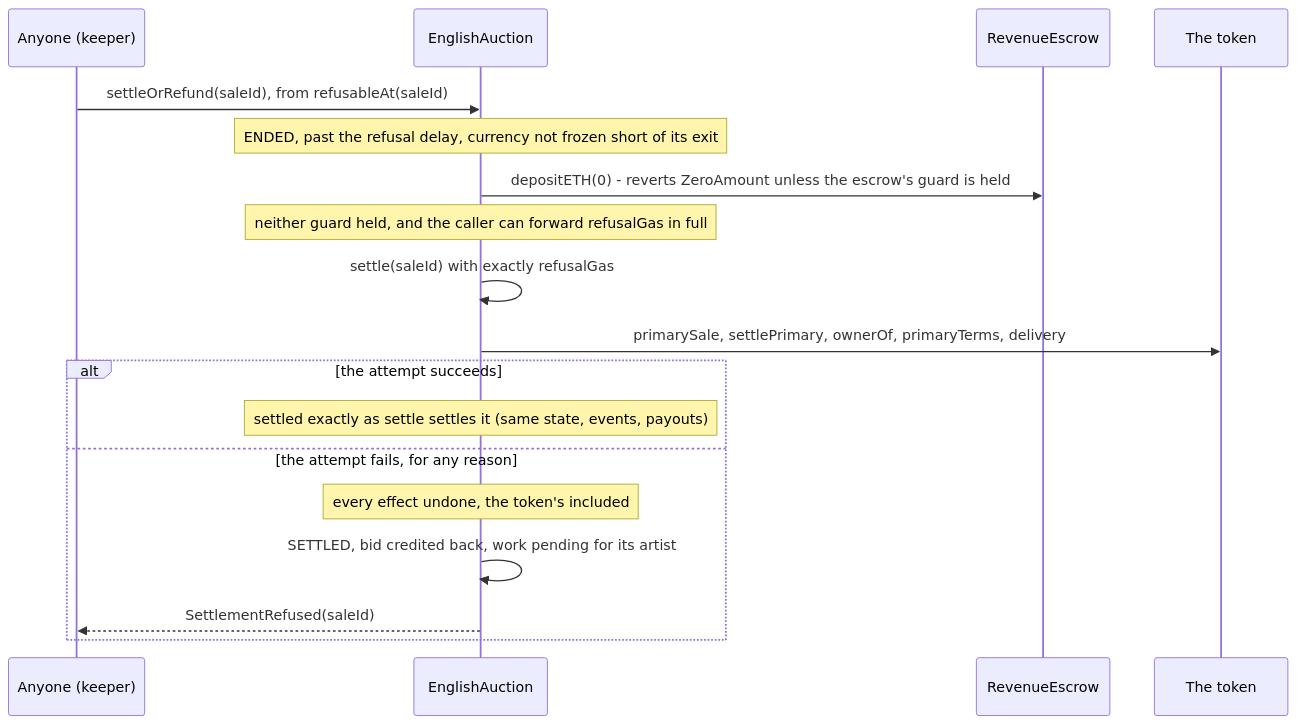
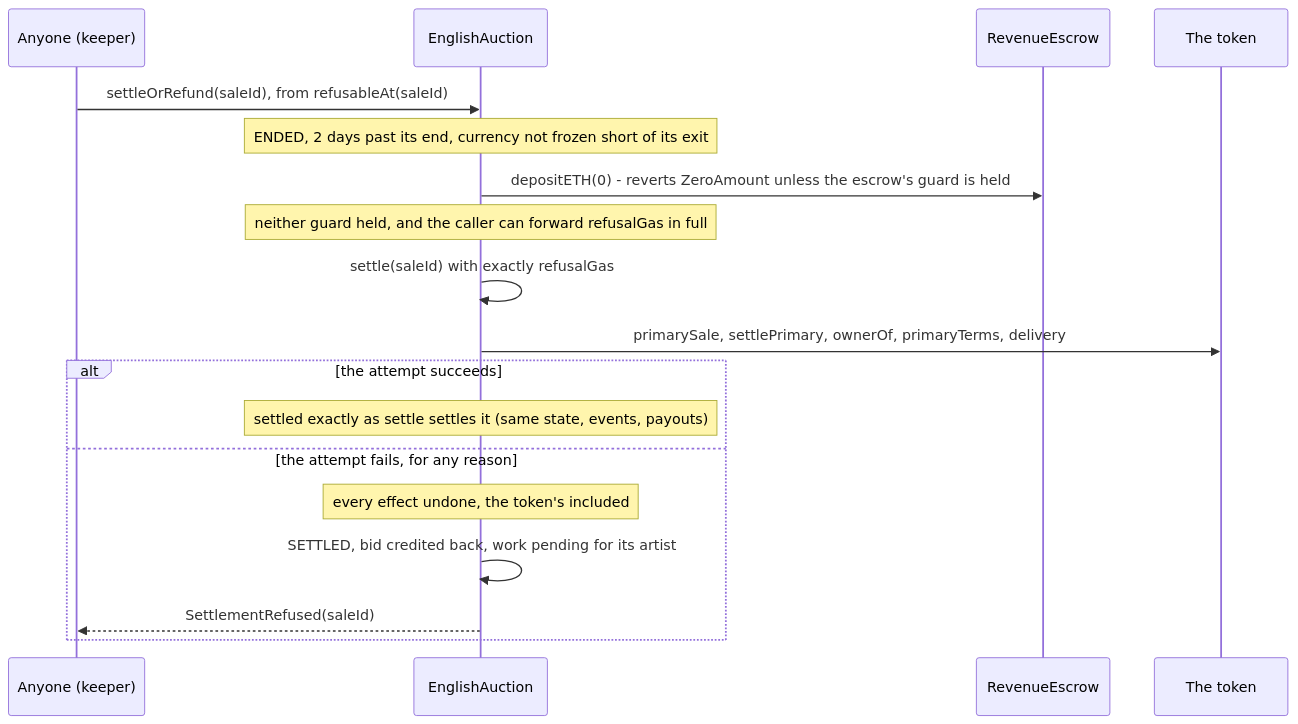
The eighth of 13 diagrams in docs/spec/stream-and-auctions.md (6529-Collections/6529-works), drawn with Mermaid before and after one commit. The commit also changed other lines of this file and 352 other files, not shown here.

````diff
--- a/docs/spec/stream-and-auctions.md
+++ b/docs/spec/stream-and-auctions.md
@@ -600,20 +601,20 @@
 ```mermaid
 sequenceDiagram
     participant Keeper as Anyone (keeper)
     participant Auction as EnglishAuction
     participant Escrow as RevenueEscrow
     participant Token as The token
     Keeper->>Auction: settleOrRefund(saleId), from refusableAt(saleId)
-    Note over Auction: ENDED, past the refusal delay, currency not frozen short of its exit
+    Note over Auction: ENDED, 2 days past its end, currency not frozen short of its exit
     Auction->>Escrow: depositETH(0) - reverts ZeroAmount unless the escrow's guard is held
     Note over Auction: neither guard held, and the caller can forward refusalGas in full
     Auction->>Auction: settle(saleId) with exactly refusalGas
     Auction->>Token: primarySale, settlePrimary, ownerOf, primaryTerms, delivery
     alt the attempt succeeds
         Note over Auction: settled exactly as settle settles it (same state, events, payouts)
     else the attempt fails, for any reason
         Note over Auction: every effect undone, the token's included
         Auction->>Auction: SETTLED, bid credited back, work pending for its artist
         Auction-->>Keeper: SettlementRefused(saleId)
     end
 ```
````
